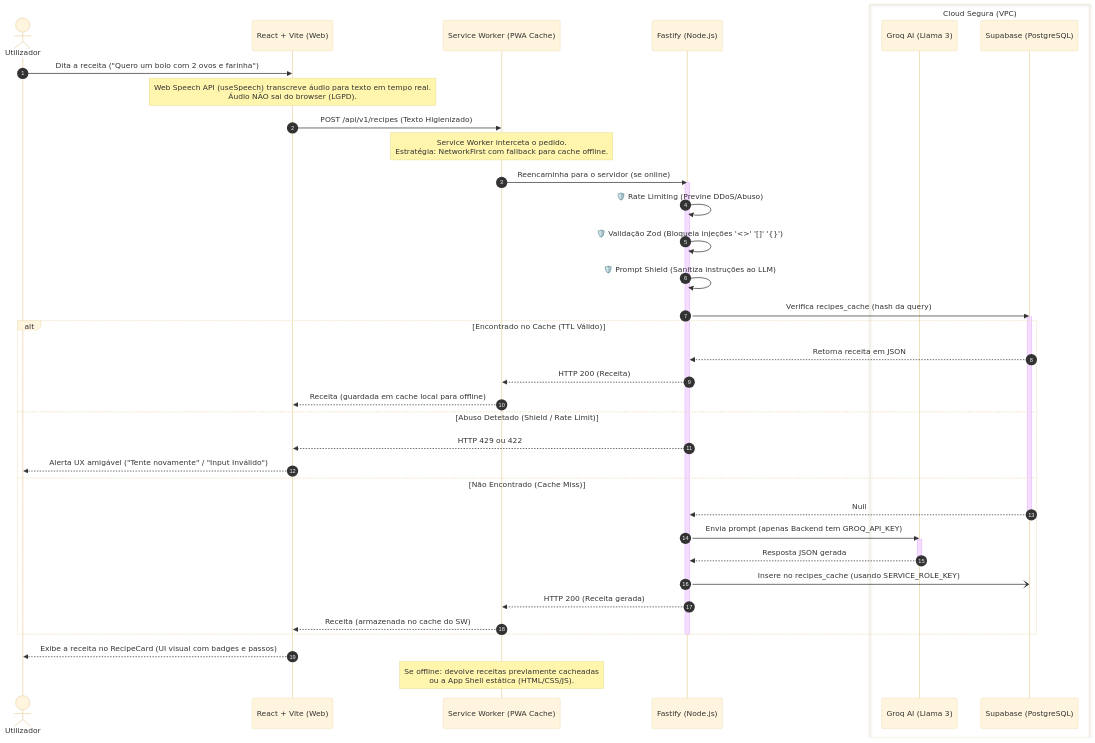
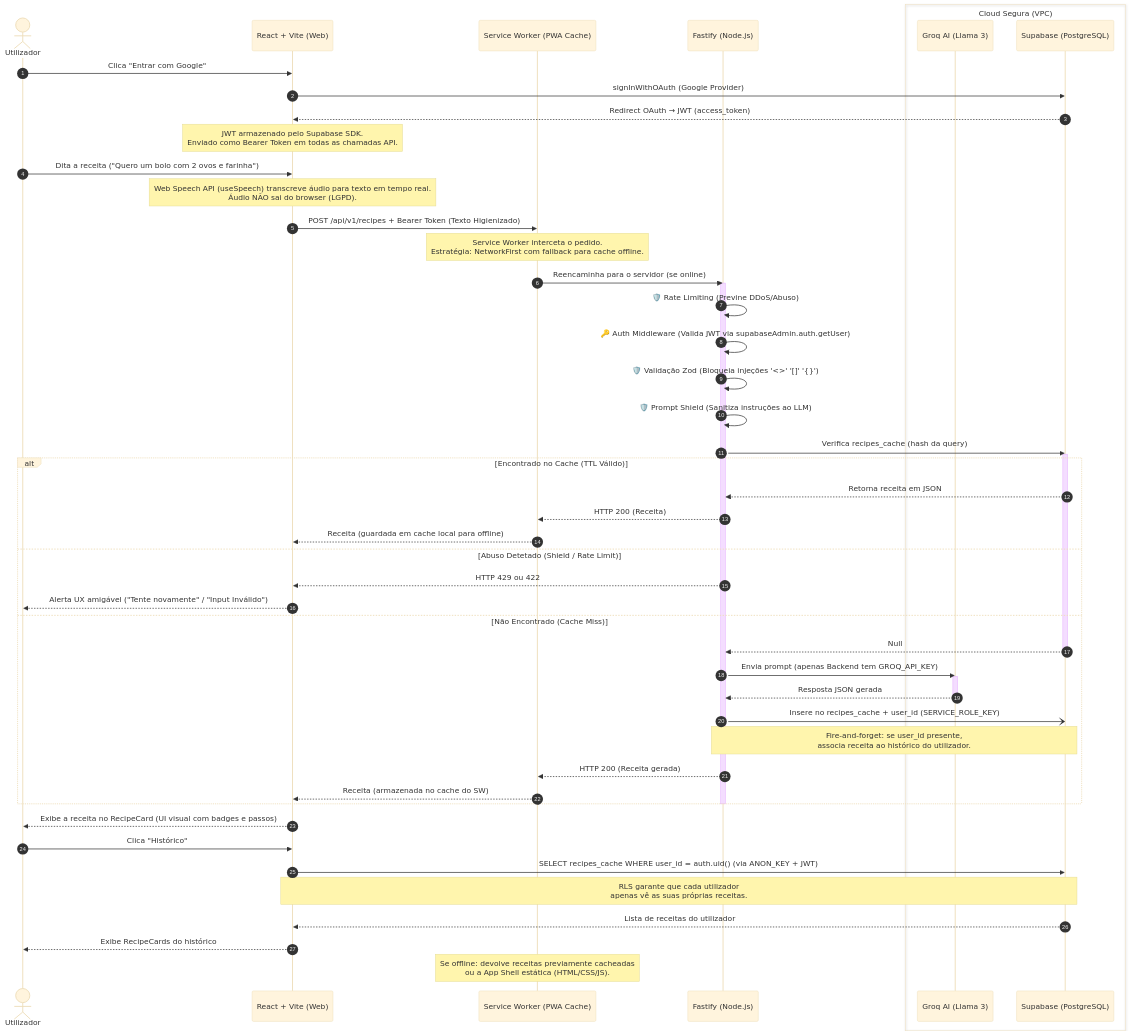
Before and after one commit to davydsonmr1/fastcook: the diagram in docs/arquitetura.md, drawn with Mermaid (base theme). The commit also changed other lines of this file and 13 other files, not shown here.

Commit message:
feat: autenticação google, validação jwt no backend e histórico de receitas

````diff
--- a/docs/arquitetura.md
+++ b/docs/arquitetura.md
@@ -9,64 +9,79 @@
 ```mermaid
 sequenceDiagram
     autonumber
     
     actor Utilizador as Utilizador
     participant Frontend as React + Vite (Web)
     participant SW as Service Worker (PWA Cache)
     participant Backend as Fastify (Node.js)
     box Cloud Segura (VPC)
         participant Groq as Groq AI (Llama 3)
         participant Supabase as Supabase (PostgreSQL)
     end
 
+    %% Passo 0: Autenticação (Opcional)
+    Utilizador->>Frontend: Clica "Entrar com Google"
+    Frontend->>Supabase: signInWithOAuth (Google Provider)
+    Supabase-->>Frontend: Redirect OAuth → JWT (access_token)
+    note over Frontend: JWT armazenado pelo Supabase SDK.<br/>Enviado como Bearer Token em todas as chamadas API.
+
     %% Passo 1: Captura
     Utilizador->>Frontend: Dita a receita ("Quero um bolo com 2 ovos e farinha")
     note over Frontend: Web Speech API (useSpeech) transcreve áudio para texto em tempo real.<br/>Áudio NÃO sai do browser (LGPD).
     
     %% Passo 2: Request Seguro (via SW)
-    Frontend->>SW: POST /api/v1/recipes (Texto Higienizado)
+    Frontend->>SW: POST /api/v1/recipes + Bearer Token (Texto Higienizado)
     note over SW: Service Worker interceta o pedido.<br/>Estratégia: NetworkFirst com fallback para cache offline.
     SW->>Backend: Reencaminha para o servidor (se online)
     
     %% Passo 3: Segurança no Backend
     activate Backend
     Backend->>Backend: 🛡️ Rate Limiting (Previne DDoS/Abuso)
+    Backend->>Backend: 🔑 Auth Middleware (Valida JWT via supabaseAdmin.auth.getUser)
     Backend->>Backend: 🛡️ Validação Zod (Bloqueia injeções '<>' '[]' '{}')
     Backend->>Backend: 🛡️ Prompt Shield (Sanitiza instruções ao LLM)
     
     %% Passo 4: Verificação de Cache
     Backend->>Supabase: Verifica recipes_cache (hash da query)
     activate Supabase
     
     alt Encontrado no Cache (TTL Válido)
         Supabase-->>Backend: Retorna receita em JSON
         Backend-->>SW: HTTP 200 (Receita)
         SW-->>Frontend: Receita (guardada em cache local para offline)
     else Abuso Detetado (Shield / Rate Limit)
         Backend-->>Frontend: HTTP 429 ou 422
         Frontend-->>Utilizador: Alerta UX amigável ("Tente novamente" / "Input Inválido")
     else Não Encontrado (Cache Miss)
         Supabase-->>Backend: Null
         deactivate Supabase
         
         %% Passo 5: LLM (com chave secreta do Backend)
         Backend->>Groq: Envia prompt (apenas Backend tem GROQ_API_KEY)
         activate Groq
         Groq-->>Backend: Resposta JSON gerada
         deactivate Groq
         
-        %% Passo 6: Guardar em Cache (Assíncrono)
-        Backend-)Supabase: Insere no recipes_cache (usando SERVICE_ROLE_KEY)
+        %% Passo 6: Guardar no Histórico (Assíncrono, se autenticado)
+        Backend-)Supabase: Insere no recipes_cache + user_id (SERVICE_ROLE_KEY)
+        note over Backend,Supabase: Fire-and-forget: se user_id presente,<br/>associa receita ao histórico do utilizador.
         
         %% Passo 7: Resposta
         Backend-->>SW: HTTP 200 (Receita gerada)
         SW-->>Frontend: Receita (armazenada no cache do SW)
     end
     deactivate Backend
     
     %% Passo 8: Renderização
     Frontend-->>Utilizador: Exibe a receita no RecipeCard (UI visual com badges e passos)
     
+    %% Passo 9: Histórico (Leitura Direta via RLS)
+    Utilizador->>Frontend: Clica "Histórico"
+    Frontend->>Supabase: SELECT recipes_cache WHERE user_id = auth.uid() (via ANON_KEY + JWT)
+    note over Frontend,Supabase: RLS garante que cada utilizador<br/>apenas vê as suas próprias receitas.
+    Supabase-->>Frontend: Lista de receitas do utilizador
+    Frontend-->>Utilizador: Exibe RecipeCards do histórico
+    
     %% Cenário Offline
     note over SW: Se offline: devolve receitas previamente cacheadas<br/>ou a App Shell estática (HTML/CSS/JS).
 ```
````
